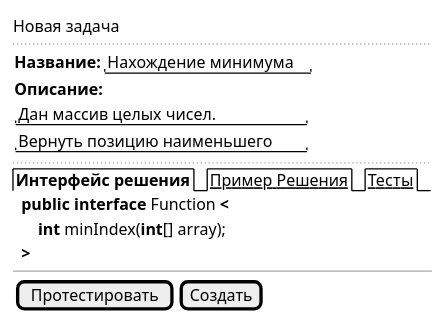
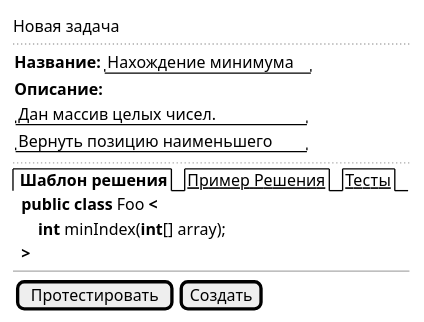
Before and after one commit to Daemon712/foobarbaz-backend: the diagram in design/ui/challenge_create.puml, drawn with PlantUML. The commit also changed 5 other files, not shown here.

```diff
--- a/design/ui/challenge_create.puml
+++ b/design/ui/challenge_create.puml
@@ -1,20 +1,20 @@
 @startuml
 salt
 {
     Новая задача
     ..
     {
         <b>Название:|"Нахождение минимума"
         <b>Описание:|*
         "Дан массив целых чисел.    "|*
         "Вернуть позицию наименьшего"|*
     }
     ..
-    {/ <b>Интерфейс решения | <u>Пример Решения | <u>Тесты }
-    <b>  public interface</b> Function <b><
+    {/ <b> Шаблон решения | <u>Пример Решения | <u>Тесты }
+    <b>  public class</b> Foo <b><
     <b>      int</b> minIndex(<b>int</b>[] array);
     <b>  >
     --
     {[Протестировать]|[Создать]}
 }
 @enduml
```
